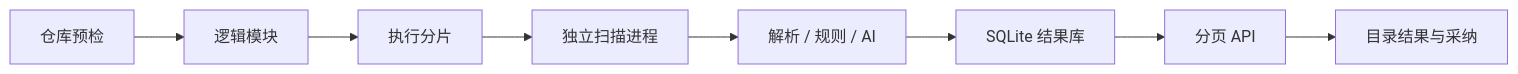
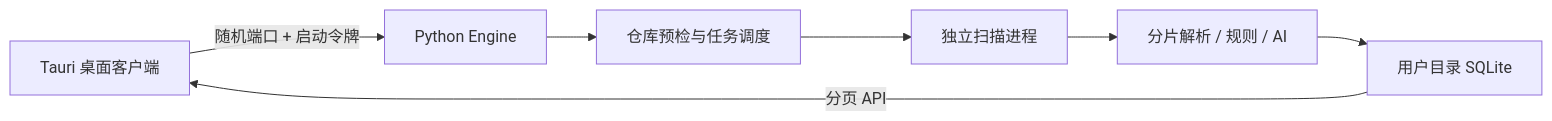
Before and after one commit to YangMingSJTU/log-pilot: the diagram in docs/TECHNICAL_DESIGN.md, drawn with Mermaid. The commit also changed other lines of this file and 46 other files, not shown here.

````diff
--- a/docs/TECHNICAL_DESIGN.md
+++ b/docs/TECHNICAL_DESIGN.md
@@ -7,10 +7,9 @@
 ```mermaid
 flowchart LR
-  A["仓库预检"] --> B["逻辑模块"]
-  B --> C["执行分片"]
+  A["Tauri 桌面客户端"] -->|"随机端口 + 启动令牌"| B["Python Engine"]
+  B --> C["仓库预检与任务调度"]
   C --> D["独立扫描进程"]
-  D --> E["解析 / 规则 / AI"]
-  E --> F["SQLite 结果库"]
-  F --> G["分页 API"]
-  G --> H["目录结果与采纳"]
+  D --> E["分片解析 / 规则 / AI"]
+  E --> F["用户目录 SQLite"]
+  F -->|"分页 API"| A
 ```
````
